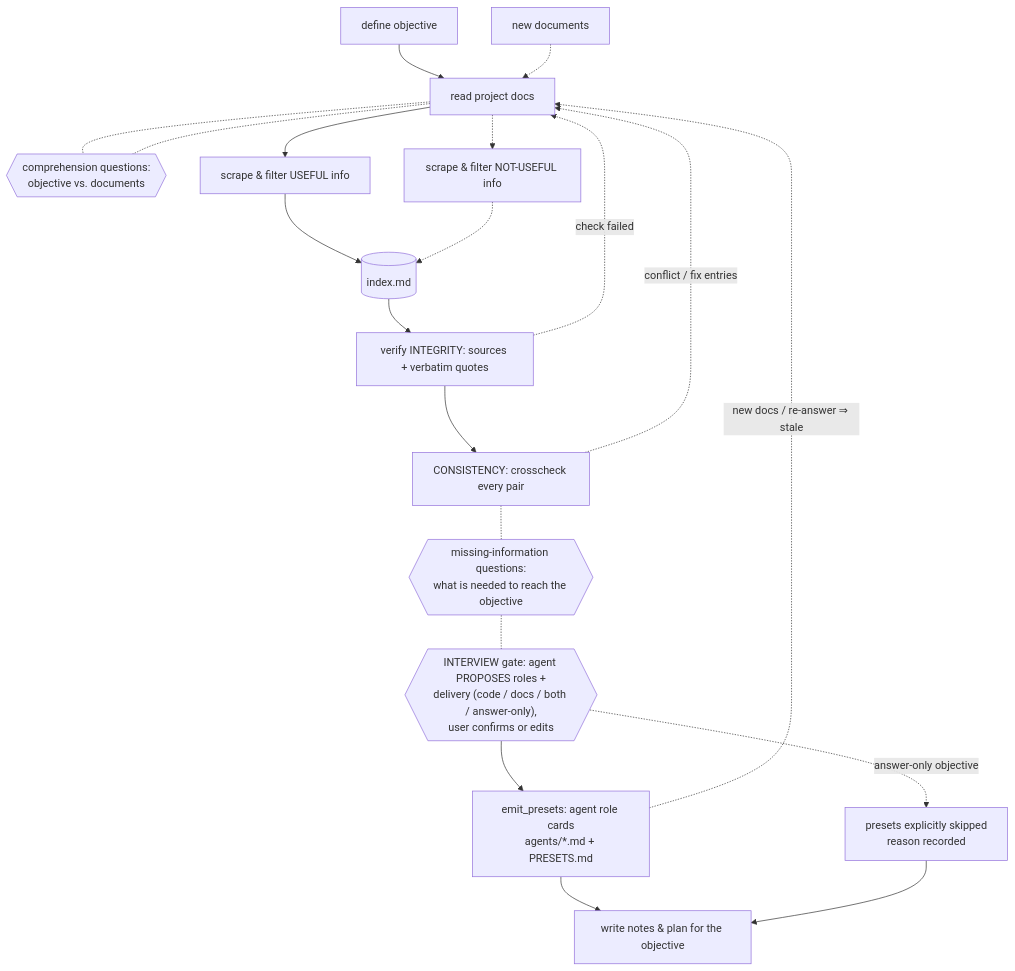
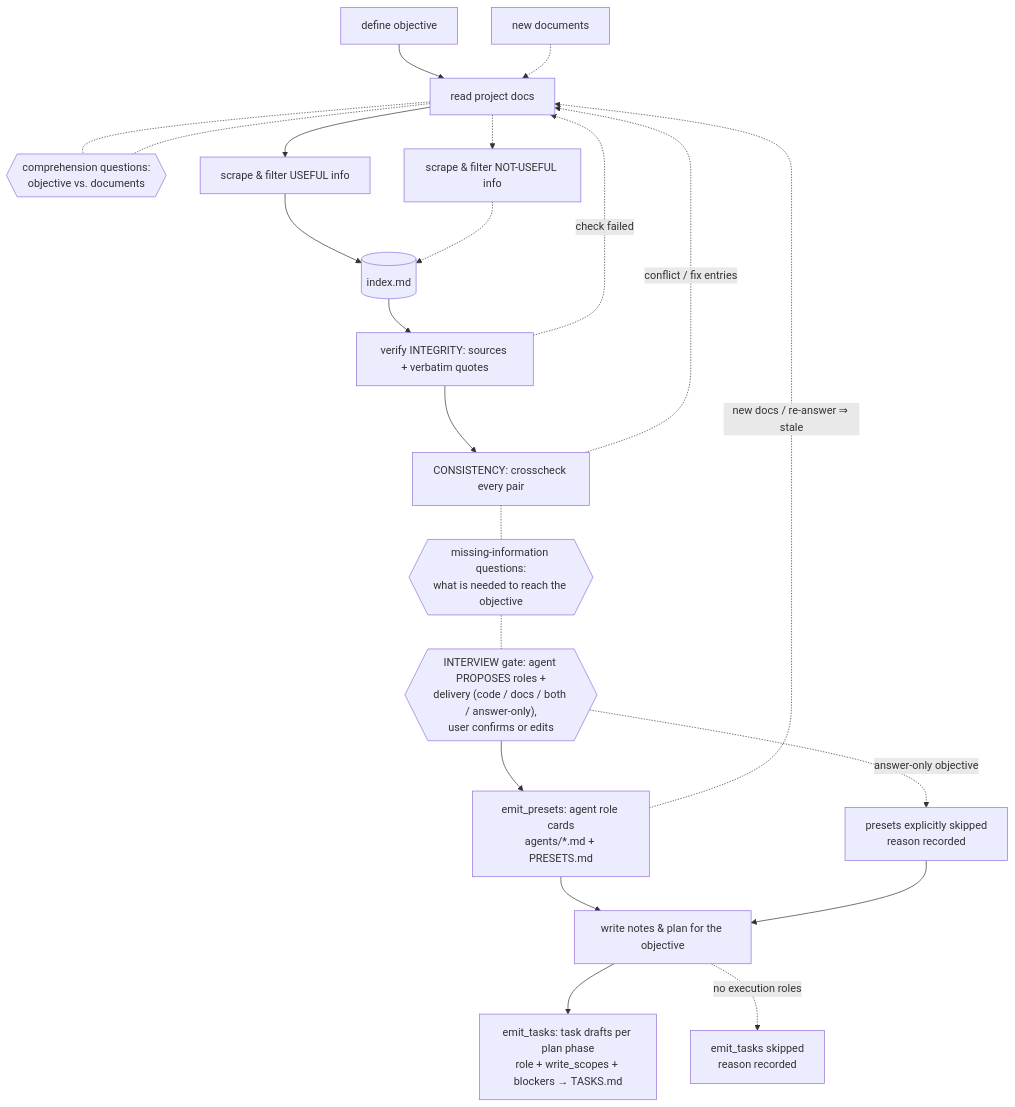
The diagram in README.md (b-iurea/dsh-doc-workflow), drawn with Mermaid before and after one commit. The commit also changed other lines of this file and 5 other files, not shown here.

First line of the commit message:
v3.1: team bridge — emit_tasks task drafts 1:1 mappable to the shared task board

````diff
--- a/README.md
+++ b/README.md
@@ -9,22 +9,24 @@
 ```mermaid
 flowchart TD
     A[define objective] --> B[read project docs]
     N[new documents] -.-> B
     B -.- Q1{{"comprehension questions:<br>objective vs. documents"}}
     Q1 -.- B
     B --> C[scrape & filter USEFUL info]
     B -.-> D[scrape & filter NOT-USEFUL info]
     C --> E[(index.md)]
     D -.-> E
     E --> F[verify INTEGRITY: sources + verbatim quotes]
     F -. check failed .-> B
     F --> K[CONSISTENCY: crosscheck every pair]
     K -. conflict / fix entries .-> B
     K -.- Q2{{"missing-information questions:<br>what is needed to reach the objective"}}
     Q2 -.- I{{"INTERVIEW gate: agent PROPOSES roles +<br>delivery (code / docs / both / answer-only),<br>user confirms or edits"}}
     I --> P[emit_presets: agent role cards<br>agents/*.md + PRESETS.md]
     I -. "answer-only objective" .-> S[presets explicitly skipped<br>reason recorded]
     P --> G[write notes & plan for the objective]
     S --> G
+    G --> T[emit_tasks: task drafts per plan phase<br>role + write_scopes + blockers → TASKS.md]
+    G -. "no execution roles" .-> U[emit_tasks skipped<br>reason recorded]
     P -. "new docs / re-answer ⇒ stale" .-> B
 ```
````
